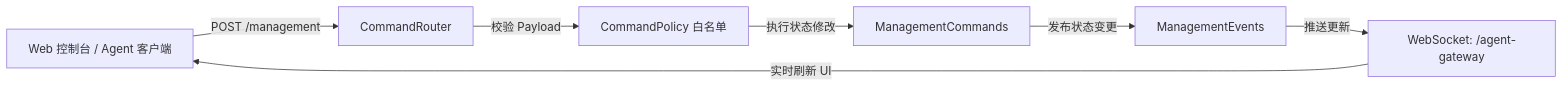
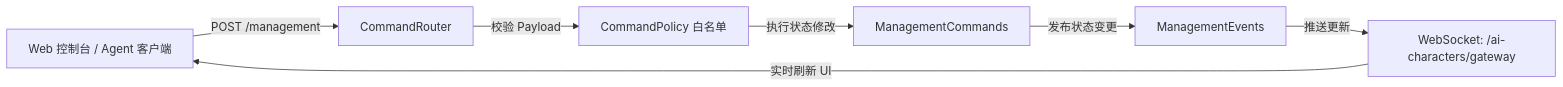
The diagram in docs/guide/server-structure.md (lulabs-org/embocraft), drawn with Mermaid before and after one commit. The commit also changed other lines of this file and 10 other files, not shown here.

````diff
--- a/docs/guide/server-structure.md
+++ b/docs/guide/server-structure.md
@@ -381,9 +385,9 @@
 ```mermaid
 graph LR
     Client[Web 控制台 / Agent 客户端] -->|POST /management| Router[CommandRouter]
     Router -->|校验 Payload| Policy[CommandPolicy 白名单]
     Policy -->|执行状态修改| Commands[ManagementCommands]
     Commands -->|发布状态变更| Events[ManagementEvents]
-    Events -->|推送更新| WS[WebSocket: /agent-gateway]
+    Events -->|推送更新| WS[WebSocket: /ai-characters/gateway]
     WS -->|实时刷新 UI| Client
 ```
````
